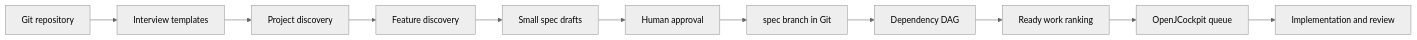
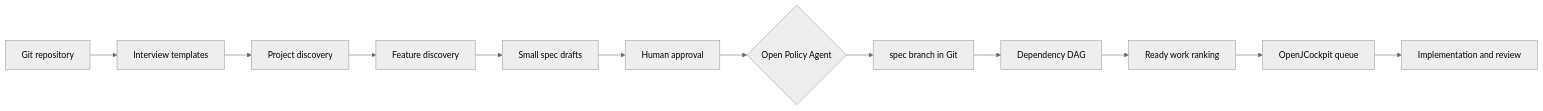
The diagram in README.md (OpenJCockpit/OpenJControlTower), drawn with Mermaid (neutral theme) before and after one commit. The commit also changed other lines of this file and 75 other files, not shown here.

Commit message:
feat: Add OpenPolicyAgent integration and Keycloak settings page.

````diff
--- a/README.md
+++ b/README.md
@@ -37,13 +38,14 @@
 ```mermaid
 flowchart LR
   R[Git repository] --> T[Interview templates]
   T --> I[Project discovery]
   I --> F[Feature discovery]
   F --> S[Small spec drafts]
   S --> A[Human approval]
-  A --> G[spec branch in Git]
+  A --> P{Open Policy Agent}
+  P --> G[spec branch in Git]
   G --> D[Dependency DAG]
   D --> Q[Ready work ranking]
   Q --> O[OpenJCockpit queue]
   O --> W[Implementation and review]
 ```
````
